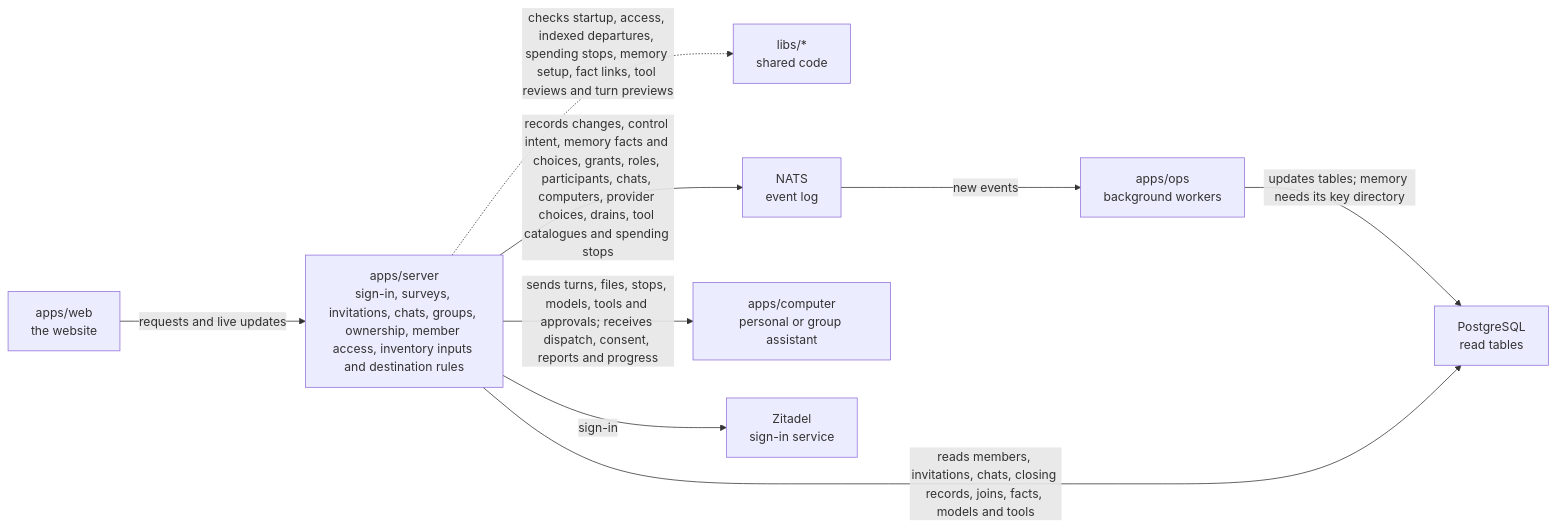
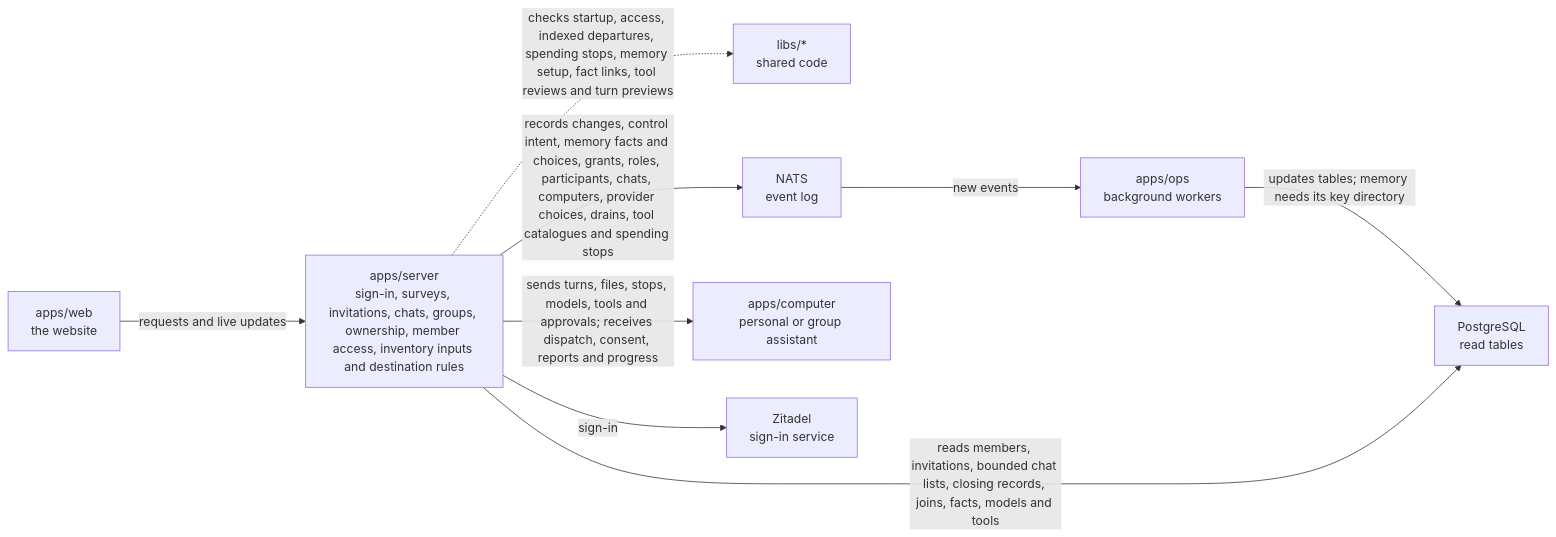
One commit to elewa-git/opencrane-new changed the diagram in apps/server/README.md. Above: the diagram before and after it, drawn with Mermaid. The commit also changed other lines of this file and 15 other files, not shown here.

Commit message:
🔎 Add bounded authorised conversation lists

````diff
--- a/apps/server/README.md
+++ b/apps/server/README.md
@@ -11,11 +11,11 @@
 ```mermaid
 flowchart LR
   web["apps/web<br/>the website"] -->|requests and live updates| server["apps/server<br/>sign-in, surveys, invitations, chats, groups, ownership, member access, inventory inputs and destination rules"]
   server -.->|checks startup, access, indexed departures, spending stops, memory setup, fact links, tool reviews and turn previews| libs["libs/*<br/>shared code"]
   server -->|records changes, control intent, memory facts and choices, grants, roles, participants, chats, computers, provider choices, drains, tool catalogues and spending stops| nats["NATS<br/>event log"]
   nats -->|new events| ops["apps/ops<br/>background workers"]
   ops -->|updates tables; memory needs its key directory| postgres["PostgreSQL<br/>read tables"]
-  server -->|reads members, invitations, chats, closing records, joins, facts, models and tools| postgres
+  server -->|reads members, invitations, bounded chat lists, closing records, joins, facts, models and tools| postgres
   server -->|sends turns, files, stops, models, tools and approvals; receives dispatch, consent, reports and progress| computer["apps/computer<br/>personal or group assistant"]
   server -->|sign-in| zitadel["Zitadel<br/>sign-in service"]
 ```
````
